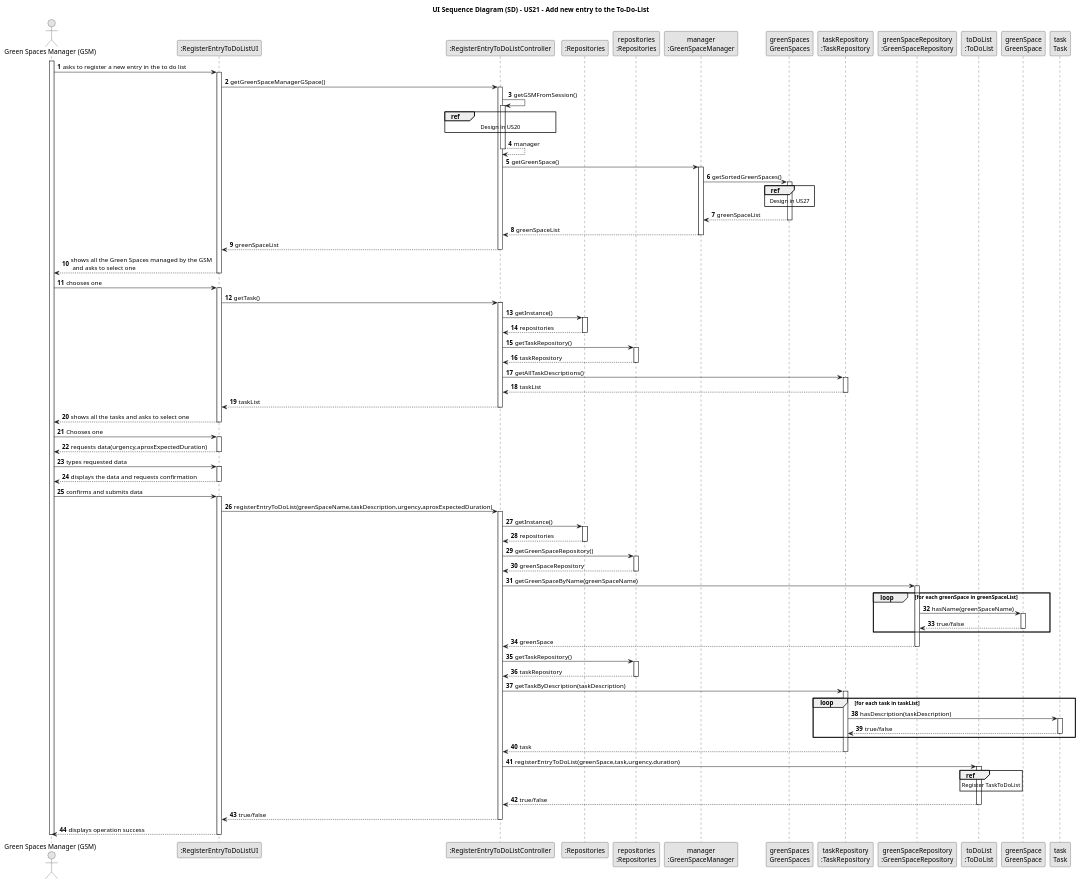
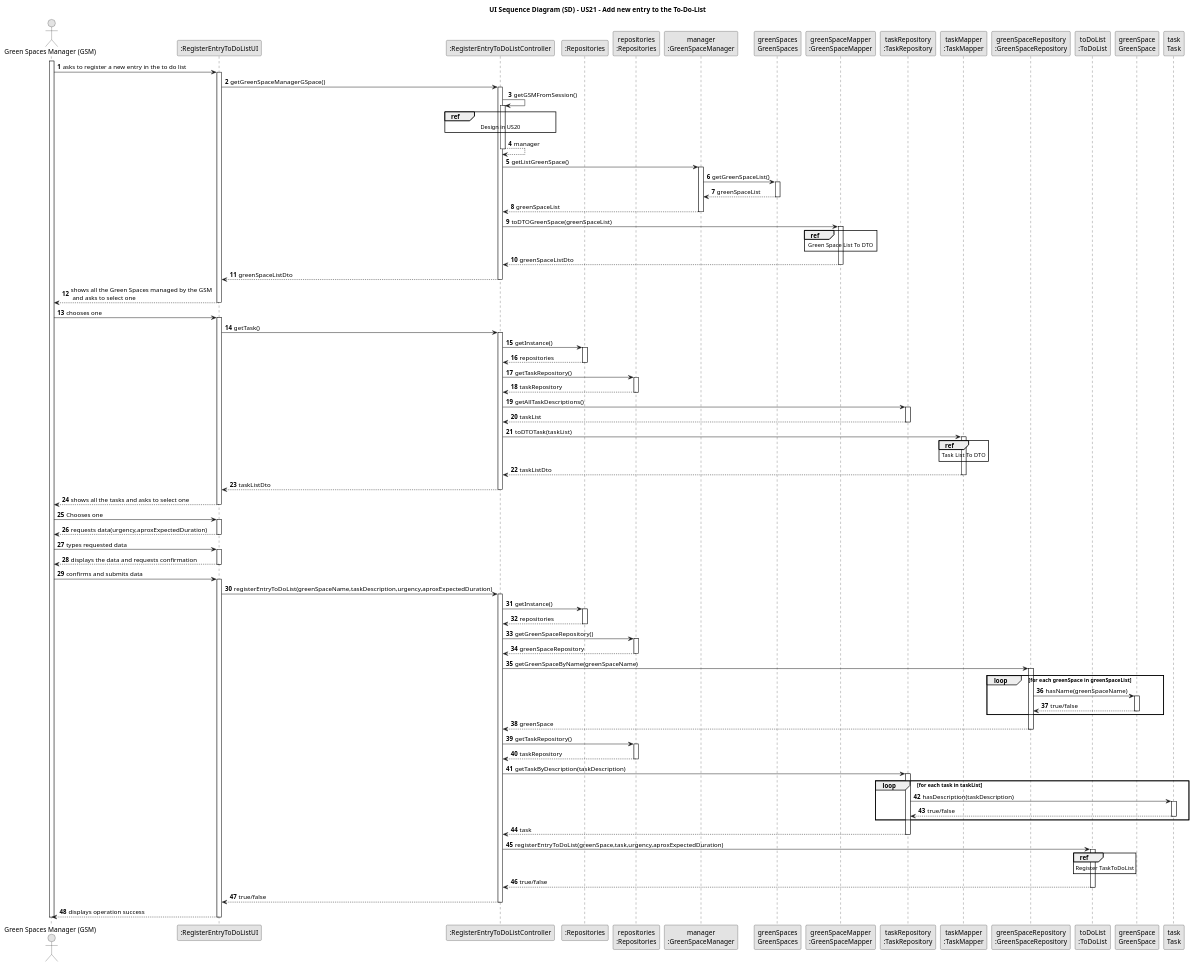
One commit to Departamento-de-Engenharia-Informatica/lei-24-s2-1db-g022 changed the diagram in docs/sprint3/us21/03.design/puml/us21-sequence-diagram.puml. Above: the diagram before and after it, drawn with PlantUML. The commit also changed 12 other files, not shown here.

```diff
--- a/docs/sprint3/us21/03.design/puml/us21-sequence-diagram.puml
+++ b/docs/sprint3/us21/03.design/puml/us21-sequence-diagram.puml
@@ -1,183 +1,200 @@
 @startuml
 skinparam monochrome true
 skinparam packageStyle rectangle
 skinparam shadowing false
 
 title UI Sequence Diagram (SD) - US21 - Add new entry to the To-Do-List
 
 autonumber
 
 'hide footbox
 actor "Green Spaces Manager (GSM)" as GSM
 participant ":RegisterEntryToDoListUI" as UI
 participant ":RegisterEntryToDoListController" as CTRL
 participant ":Repositories" as RepositorySingleton
 participant "repositories\n:Repositories" as PLAT
 participant "manager\n:GreenSpaceManager" as GSMO
 participant "greenSpaces\nGreenSpaces" as GREENSPACES
+participant "greenSpaceMapper\n:GreenSpaceMapper" as GSMP
 participant "taskRepository\n:TaskRepository" as TR
+participant "taskMapper\n:TaskMapper" as TMP
 participant "greenSpaceRepository\n:GreenSpaceRepository" as GSR
 participant "toDoList\n:ToDoList" as TDL
 participant "greenSpace\nGreenSpace" as GREENSPACE
 participant "task\nTask" as TASK
 
 activate GSM
 
         GSM -> UI : asks to register a new entry in the to do list
     activate UI
 
         UI -> CTRL : getGreenSpaceManagerGSpace()
     activate CTRL
 
         CTRL -> CTRL : getGSMFromSession()
     activate CTRL
 
         ref over CTRL
             Design in US20
         end ref
 
         CTRL --> CTRL : manager
     deactivate CTRL
 
-        CTRL -> GSMO : getGreenSpace()
+        CTRL -> GSMO : getListGreenSpace()
     activate GSMO
 
-        GSMO -> GREENSPACES : getSortedGreenSpaces()
+        GSMO -> GREENSPACES : getGreenSpaceList()
     activate GREENSPACES
-
-        ref over GREENSPACES
-            Design in US27
-        end ref
 
         GREENSPACES --> GSMO : greenSpaceList
     deactivate GREENSPACES
 
         GSMO --> CTRL : greenSpaceList
-
     deactivate GSMO
 
-        CTRL --> UI : greenSpaceList
+        CTRL -> GSMP : toDTOGreenSpace(greenSpaceList)
+    activate GSMP
+
+        ref over GSMP
+            Green Space List To DTO
+        end ref
+
+       GSMP --> CTRL : greenSpaceListDto
+    deactivate GSMP
+
+        CTRL --> UI : greenSpaceListDto
     deactivate CTRL
 
         UI --> GSM : shows all the Green Spaces managed by the GSM \n and asks to select one
     deactivate UI
 
         GSM->UI: chooses one
     activate UI
 
         UI-> CTRL : getTask()
     activate CTRL
 
         CTRL -> RepositorySingleton : getInstance()
     activate RepositorySingleton
 
         RepositorySingleton --> CTRL: repositories
     deactivate RepositorySingleton
 
         CTRL -> PLAT: getTaskRepository()
     activate PLAT
 
         PLAT --> CTRL: taskRepository
     deactivate PLAT
 
         CTRL -> TR : getAllTaskDescriptions()
     activate TR
 
         TR --> CTRL : taskList
     deactivate TR
 
-        CTRL --> UI : taskList
+        CTRL -> TMP : toDTOTask(taskList)
+    activate TMP
+
+        ref over TMP
+            Task List To DTO
+        end ref
+
+        TMP --> CTRL : taskListDto
+    deactivate TMP
+
+        CTRL --> UI : taskListDto
     deactivate CTRL
 
         UI --> GSM : shows all the tasks and asks to select one
     deactivate UI
 
         GSM -> UI : Chooses one
     activate UI
 
         UI --> GSM : requests data(urgency,aproxExpectedDuration)
     deactivate UI
 
         GSM -> UI : types requested data
     activate UI
 
         UI --> GSM : displays the data and requests confirmation
     deactivate UI
 
         GSM -> UI : confirms and submits data
     activate UI
 
         UI -> CTRL: registerEntryToDoList(greenSpaceName,taskDescription,urgency,aproxExpectedDuration)
     activate CTRL
 
         CTRL -> RepositorySingleton : getInstance()
     activate RepositorySingleton
 
         RepositorySingleton --> CTRL: repositories
     deactivate RepositorySingleton
 
         CTRL -> PLAT: getGreenSpaceRepository()
     activate PLAT
 
         PLAT --> CTRL: greenSpaceRepository
     deactivate PLAT
 
         CTRL -> GSR : getGreenSpaceByName(greenSpaceName)
     activate GSR
 
         loop for each greenSpace in greenSpaceList
 
         GSR -> GREENSPACE : hasName(greenSpaceName)
 
         activate GREENSPACE
 
             GREENSPACE --> GSR : true/false
 
         deactivate GREENSPACE
 
         end
 
         GSR --> CTRL : greenSpace
     deactivate GSR
 
         CTRL -> PLAT: getTaskRepository()
     activate PLAT
 
         PLAT --> CTRL: taskRepository
     deactivate PLAT
 
         CTRL -> TR : getTaskByDescription(taskDescription)
     activate TR
         loop for each task in taskList
 
         TR -> TASK : hasDescription(taskDescription)
 
         activate TASK
 
             TASK --> TR : true/false
 
         deactivate TASK
 
         end
 
         TR --> CTRL : task
     deactivate TR
 
-        CTRL -> TDL : registerEntryToDoList(greenSpace,task,urgency,duration)
+        CTRL -> TDL : registerEntryToDoList(greenSpace,task,urgency,aproxExpectedDuration)
     activate TDL
 
         ref over TDL
             Register TaskToDoList
         end
 
         TDL --> CTRL : true/false
     deactivate TDL
 
         CTRL --> UI : true/false
     deactivate CTRL
 
         UI --> GSM : displays operation success
     deactivate UI
 
 deactivate GSM
 @enduml
```
